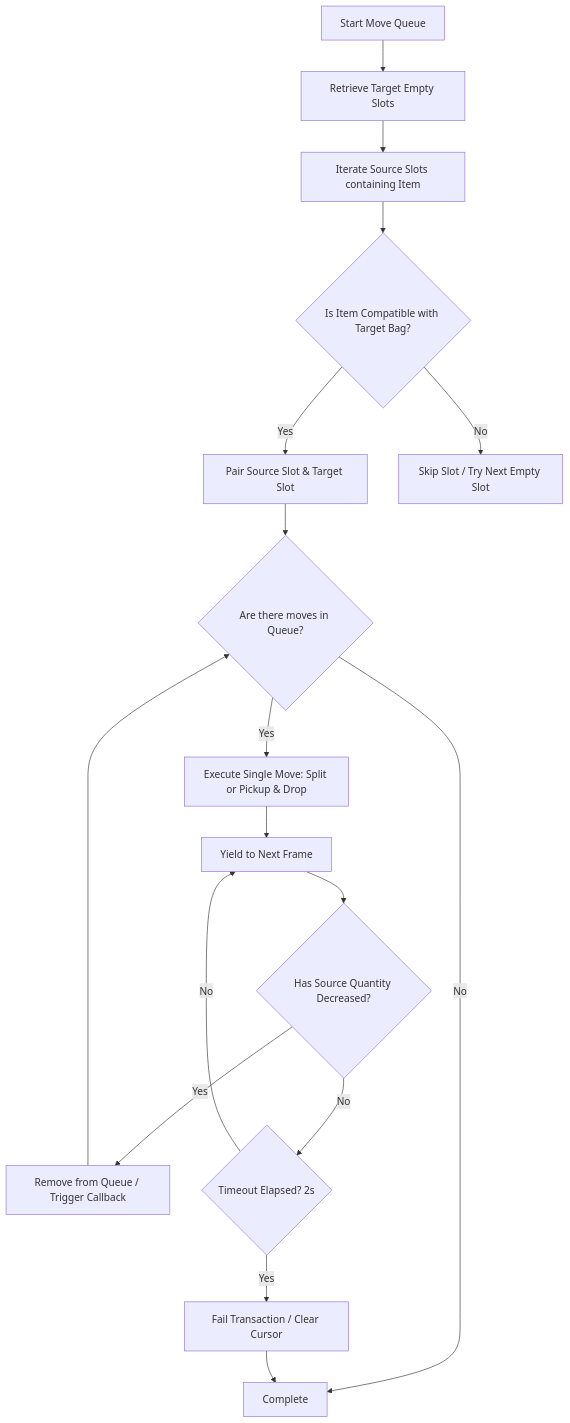
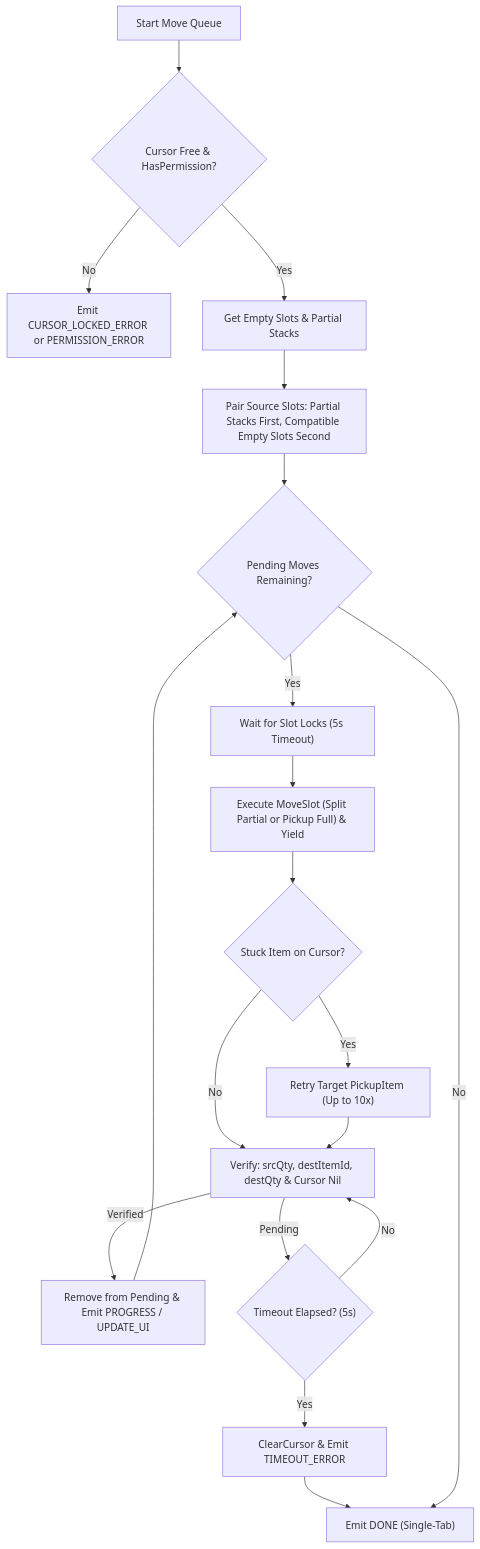
One commit to lucienve/libItemMove changed the diagram in docs/library_design.md. Above: the diagram before and after it, drawn with Mermaid. The commit also changed other lines of this file and 14 other files, not shown here.

````diff
--- a/docs/library_design.md
+++ b/docs/library_design.md
@@ -50,19 +69,21 @@
 ```mermaid
 flowchart TD
-    A[Start Move Queue] --> B[Retrieve Target Empty Slots]
-    B --> C[Iterate Source Slots containing Item]
-    C --> D{Is Item Compatible with Target Bag?}
-    D -- Yes --> E[Pair Source Slot & Target Slot]
-    D -- No --> F[Skip Slot / Try Next Empty Slot]
-    E --> G{Are there moves in Queue?}
-    G -- Yes --> H[Execute Single Move: Split or Pickup & Drop]
-    H --> I[Yield to Next Frame]
-    I --> J{Has Source Quantity Decreased?}
-    J -- Yes --> K[Remove from Queue / Trigger Callback]
-    J -- No --> L{Timeout Elapsed? 2s}
-    L -- No --> I
-    L -- Yes --> M[Fail Transaction / Clear Cursor]
-    K --> G
-    G -- No --> N[Complete]
-    M --> N
+    A["Start Move Queue"] --> B{"Cursor Free & HasPermission?"}
+    B -- No --> ERR["Emit CURSOR_LOCKED_ERROR or PERMISSION_ERROR"]
+    B -- Yes --> C["Get Empty Slots & Partial Stacks"]
+    C --> D["Pair Source Slots: Partial Stacks First, Compatible Empty Slots Second"]
+    D --> E{"Pending Moves Remaining?"}
+    E -- Yes --> F["Wait for Slot Locks (5s Timeout)"]
+    F --> G["Execute MoveSlot (Split Partial or Pickup Full) & Yield"]
+    G --> H{"Stuck Item on Cursor?"}
+    H -- Yes --> I["Retry Target PickupItem (Up to 10x)"]
+    H -- No --> J["Verify: srcQty, destItemId, destQty & Cursor Nil"]
+    I --> J
+    J -- Verified --> K["Remove from Pending & Emit PROGRESS / UPDATE_UI"]
+    J -- Pending --> L{"Timeout Elapsed? (5s)"}
+    L -- No --> J
+    L -- Yes --> M["ClearCursor & Emit TIMEOUT_ERROR"]
+    K --> E
+    M --> N["Emit DONE (Single-Tab)"]
+    E -- No --> N
 ```
````
